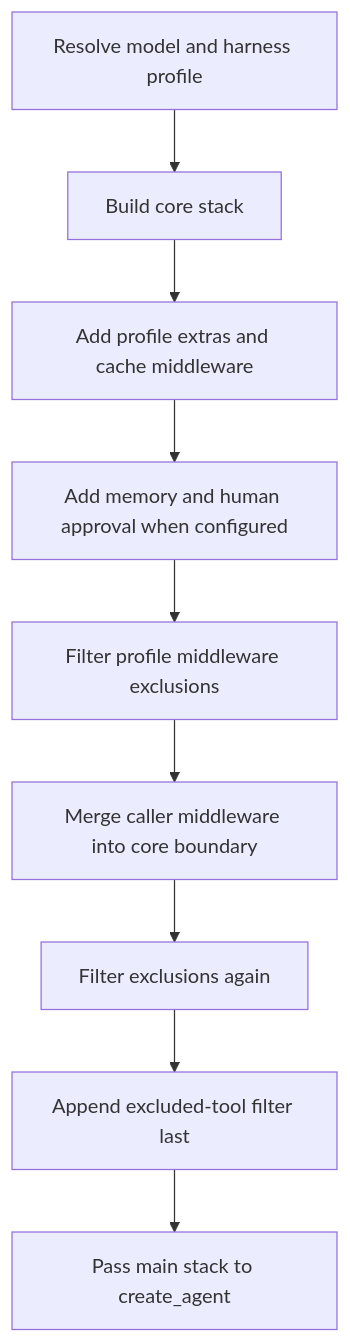
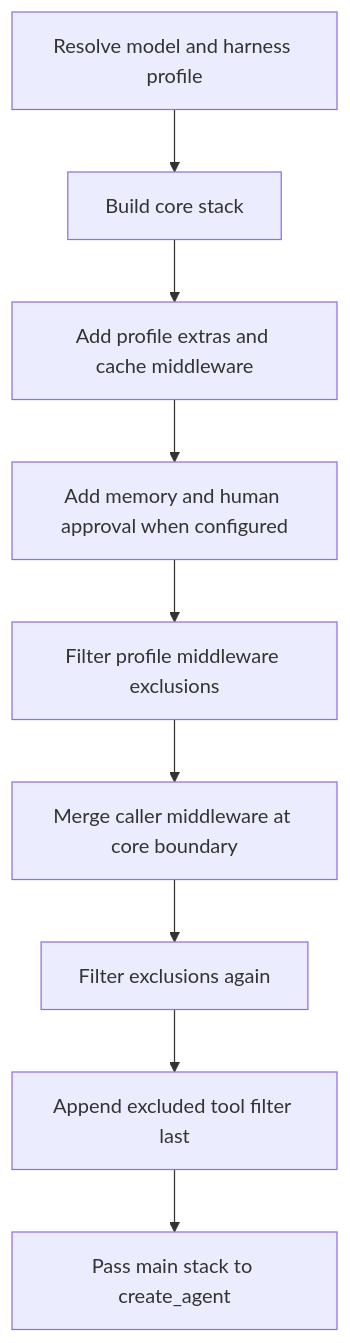
Before and after one commit to langchain-ai/deepagents: the diagram in openwiki/architecture/middleware-stack.md, drawn with Mermaid. The commit also changed other lines of this file and 14 other files, not shown here.

````diff
--- a/openwiki/architecture/middleware-stack.md
+++ b/openwiki/architecture/middleware-stack.md
@@ -37,11 +41,11 @@
 ```mermaid
 flowchart TD
-    A["Resolve model and harness profile"] --> B["Build core stack"]
-    B --> C["Add profile extras and cache middleware"]
-    C --> D["Add memory and human approval when configured"]
-    D --> E["Filter profile middleware exclusions"]
-    E --> F["Merge caller middleware into core boundary"]
-    F --> G["Filter exclusions again"]
-    G --> H["Append excluded-tool filter last"]
-    H --> I["Pass main stack to create_agent"]
+    Resolve["Resolve model and harness profile"] --> Core["Build core stack"]
+    Core --> Tail["Add profile extras and cache middleware"]
+    Tail --> Optional["Add memory and human approval when configured"]
+    Optional --> FirstFilter["Filter profile middleware exclusions"]
+    FirstFilter --> Merge["Merge caller middleware at core boundary"]
+    Merge --> SecondFilter["Filter exclusions again"]
+    SecondFilter --> ToolFilter["Append excluded tool filter last"]
+    ToolFilter --> Build["Pass main stack to create_agent"]
 ```
````
